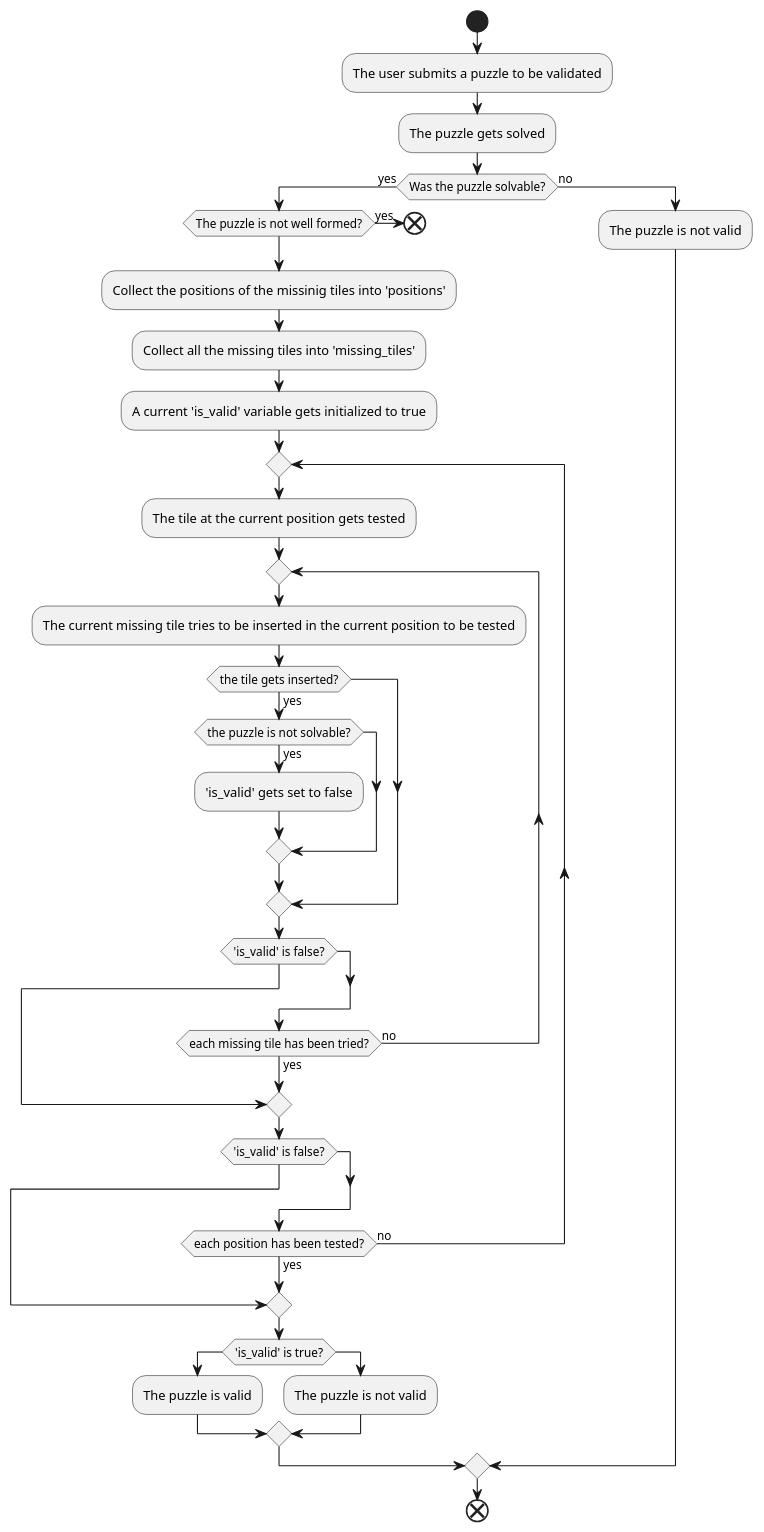
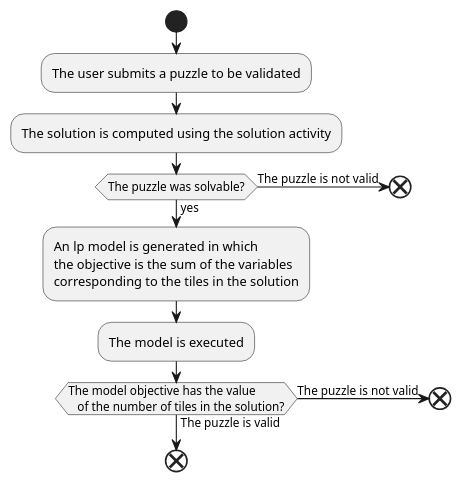
Before and after one commit to DominoOrg/domino-core: the diagram in plant_uml/validate_activity.puml, drawn with PlantUML. The commit also changed 6 other files, not shown here.

```diff
--- a/plant_uml/validate_activity.puml
+++ b/plant_uml/validate_activity.puml
@@ -1,38 +1,53 @@
 @startuml validate_activity
 start
 :The user submits a puzzle to be validated;
-:The puzzle gets solved;
-if (Was the puzzle solvable?) then (yes)
-if (The puzzle is not well formed?) then (yes)
+:The solution is computed using the solution activity;
+if (The puzzle was solvable?) then (yes)
+  :An lp model is generated in which
+  the objective is the sum of the variables
+  corresponding to the tiles in the solution;
+  :The model is executed;
+  if (The model objective has the value
+   of the number of tiles in the solution?) then (The puzzle is valid)
+  else (The puzzle is not valid)
     end
+  endif
+else (The puzzle is not valid)
+  end
 endif
-:Collect the positions of the missinig tiles into 'positions';
-:Collect all the missing tiles into 'missing_tiles';
-:A current 'is_valid' variable gets initialized to true;
-repeat
-:The tile at the current position gets tested;
-repeat
-:The current missing tile tries to be inserted in the current position to be tested;
-if (the tile gets inserted?) is (yes) then
-    if (the puzzle is not solvable?) is (yes) then
-        :'is_valid' gets set to false;
-    endif
-endif
-if ('is_valid' is false?) then
-    break
-endif
-repeat while (each missing tile has been tried?) is (no) not (yes)
-if ('is_valid' is false?) then
-    break
-endif
-repeat while (each position has been tested?) is (no) not (yes)
-if ('is_valid' is true?) then
-    :The puzzle is valid;
-else
-    :The puzzle is not valid;
-endif
-else (no)
-    :The puzzle is not valid;
-endif
+'OLD WORKING VERSION (SLOW METHOD)
+' :The puzzle gets solved;
+' if (Was the puzzle solvable?) then (yes)
+' if (The puzzle is not well formed?) then (yes)
+'     end
+' endif
+' :Collect the positions of the missinig tiles into 'positions';
+' :Collect all the missing tiles into 'missing_tiles';
+' :A current 'is_valid' variable gets initialized to true;
+' repeat
+' :The tile at the current position gets tested;
+' repeat
+' :The current missing tile tries to be inserted in the current position to be tested;
+' if (the tile gets inserted?) is (yes) then
+'     if (the puzzle is not solvable?) is (yes) then
+'         :'is_valid' gets set to false;
+'     endif
+' endif
+' if ('is_valid' is false?) then
+'     break
+' endif
+' repeat while (each missing tile has been tried?) is (no) not (yes)
+' if ('is_valid' is false?) then
+'     break
+' endif
+' repeat while (each position has been tested?) is (no) not (yes)
+' if ('is_valid' is true?) then
+'     :The puzzle is valid;
+' else
+'     :The puzzle is not valid;
+' endif
+' else (no)
+'     :The puzzle is not valid;
+' endif
 end
 @enduml
```
